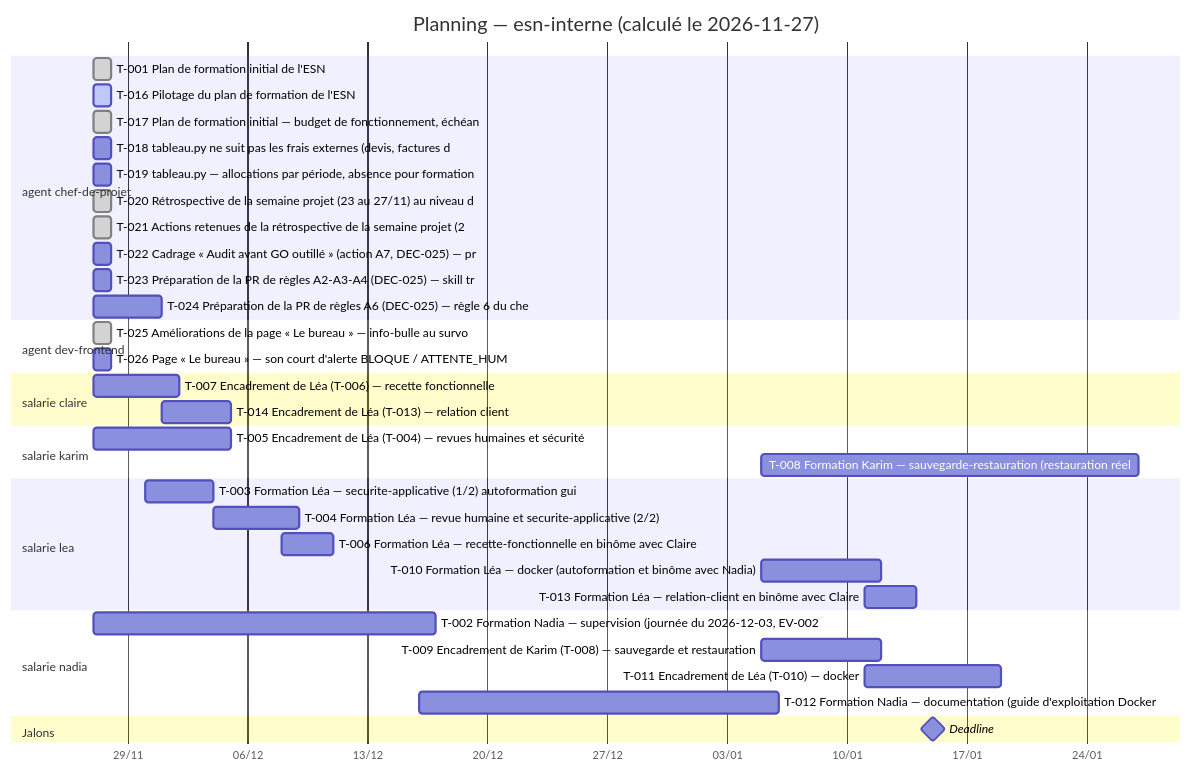
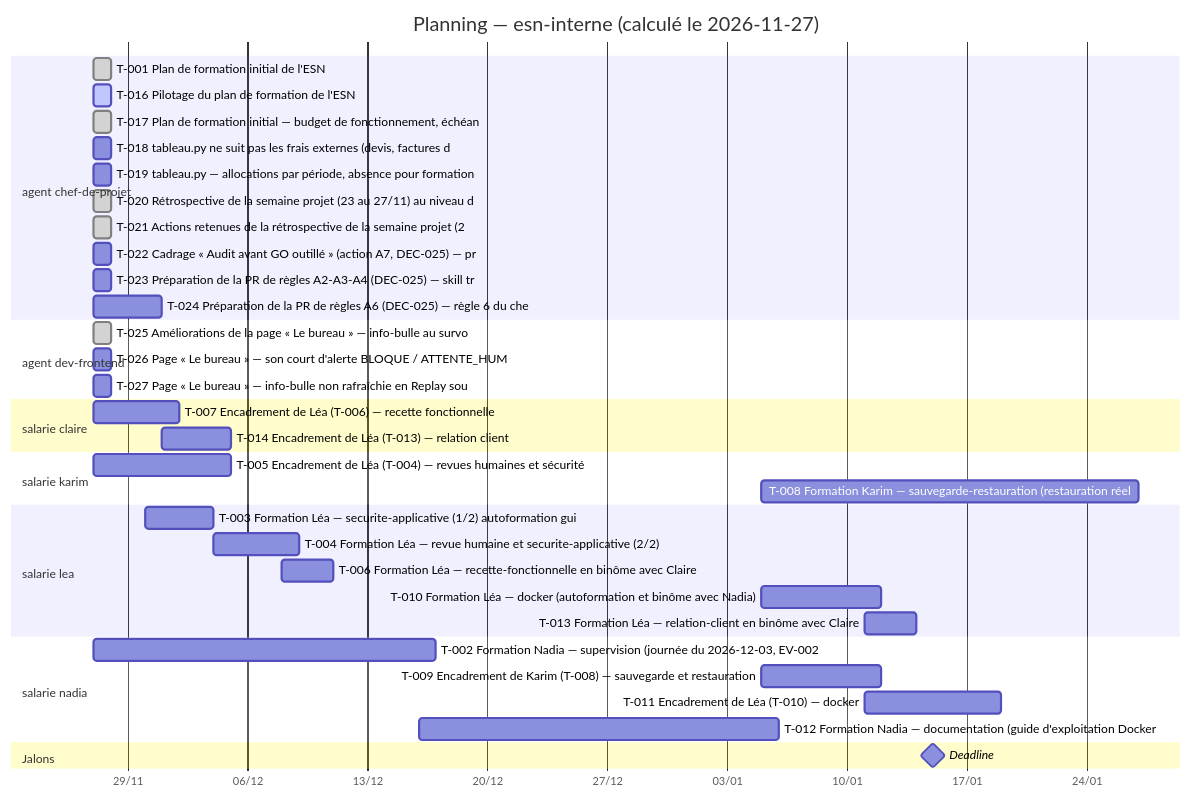
Before and after one commit to LopezMat/tpGestionProjet: the diagram in projets/esn-interne/TABLEAU.md, drawn with Mermaid. The commit also changed other lines of this file and 2 other files, not shown here.

````diff
--- a/projets/esn-interne/TABLEAU.md
+++ b/projets/esn-interne/TABLEAU.md
@@ -95,39 +95,40 @@
 ```mermaid
 gantt
     title Planning — esn-interne (calculé le 2026-11-27)
     dateFormat YYYY-MM-DD
     axisFormat %d/%m
     section agent chef-de-projet
     T-001 Plan de formation initial de l'ESN :done, t001, 2026-11-27, 2026-11-28
     T-016 Pilotage du plan de formation de l'ESN :active, t016, 2026-11-27, 2026-11-28
     T-017 Plan de formation initial — budget de fonctionnement, échéan :done, t017, 2026-11-27, 2026-11-28
     T-018 tableau.py ne suit pas les frais externes (devis, factures d :t018, 2026-11-27, 2026-11-28
     T-019 tableau.py — allocations par période, absence pour formation :t019, 2026-11-27, 2026-11-28
     T-020 Rétrospective de la semaine projet (23 au 27/11) au niveau d :done, t020, 2026-11-27, 2026-11-28
     T-021 Actions retenues de la rétrospective de la semaine projet (2 :done, t021, 2026-11-27, 2026-11-28
     T-022 Cadrage « Audit avant GO outillé » (action A7, DEC-025) — pr :t022, 2026-11-27, 2026-11-28
     T-023 Préparation de la PR de règles A2-A3-A4 (DEC-025) — skill tr :t023, 2026-11-27, 2026-11-28
     T-024 Préparation de la PR de règles A6 (DEC-025) — règle 6 du che :t024, 2026-11-27, 2026-12-01
     section agent dev-frontend
     T-025 Améliorations de la page « Le bureau » — info-bulle au survo :done, t025, 2026-11-27, 2026-11-28
     T-026 Page « Le bureau » — son court d'alerte BLOQUE / ATTENTE_HUM :t026, 2026-11-27, 2026-11-28
+    T-027 Page « Le bureau » — info-bulle non rafraîchie en Replay sou :t027, 2026-11-27, 2026-11-28
     section salarie claire
     T-007 Encadrement de Léa (T-006) — recette fonctionnelle :t007, 2026-11-27, 2026-12-02
     T-014 Encadrement de Léa (T-013) — relation client :t014, 2026-12-01, 2026-12-05
     section salarie karim
     T-005 Encadrement de Léa (T-004) — revues humaines et sécurité :t005, 2026-11-27, 2026-12-05
     T-008 Formation Karim — sauvegarde-restauration (restauration réel :t008, 2027-01-05, 2027-01-27
     section salarie lea
     T-003 Formation Léa — securite-applicative (1/2) autoformation gui :t003, 2026-11-30, 2026-12-04
     T-004 Formation Léa — revue humaine et securite-applicative (2/2)  :t004, 2026-12-04, 2026-12-09
     T-006 Formation Léa — recette-fonctionnelle en binôme avec Claire :t006, 2026-12-08, 2026-12-11
     T-010 Formation Léa — docker (autoformation et binôme avec Nadia) :t010, 2027-01-05, 2027-01-12
     T-013 Formation Léa — relation-client en binôme avec Claire :t013, 2027-01-11, 2027-01-14
     section salarie nadia
     T-002 Formation Nadia — supervision (journée du 2026-12-03, EV-002 :t002, 2026-11-27, 2026-12-17
     T-009 Encadrement de Karim (T-008) — sauvegarde et restauration :t009, 2027-01-05, 2027-01-12
     T-011 Encadrement de Léa (T-010) — docker :t011, 2027-01-11, 2027-01-19
     T-012 Formation Nadia — documentation (guide d'exploitation Docker :t012, 2026-12-16, 2027-01-06
     section Jalons
     Deadline :milestone, deadline, 2027-01-15, 0d
 ```
````
